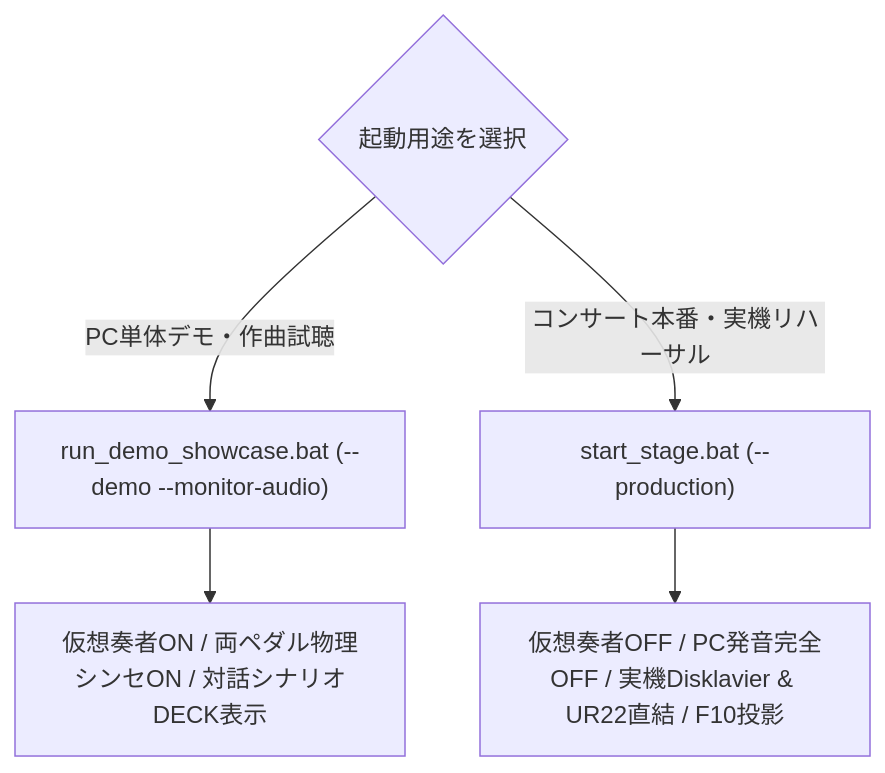
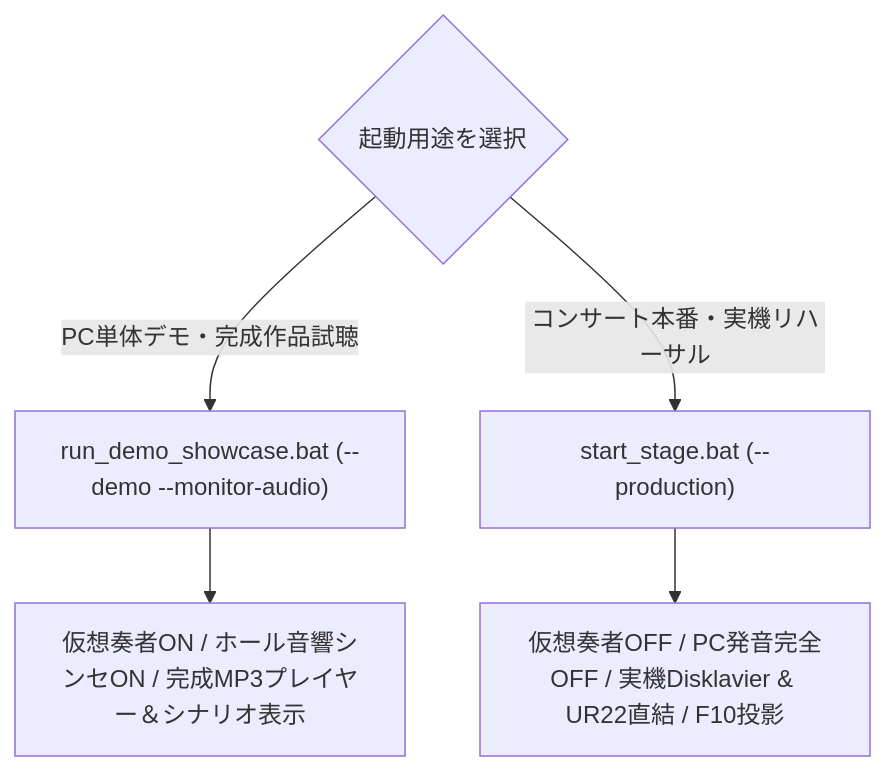
One commit to AI-Avalon/Disklavier-Auto changed the fourth of 4 diagrams in README.md. Above: the diagram before and after it, drawn with Mermaid. The commit also changed other lines of this file and 75 other files, not shown here.

````diff
--- a/README.md
+++ b/README.md
@@ -92,7 +112,7 @@
 ```mermaid
 flowchart TD
-    Start{"起動用途を選択"} -->|PC単体デモ・作曲試聴| Demo["run_demo_showcase.bat (--demo --monitor-audio)"]
+    Start{"起動用途を選択"} -->|PC単体デモ・完成作品試聴| Demo["run_demo_showcase.bat (--demo --monitor-audio)"]
     Start -->|コンサート本番・実機リハーサル| Prod["start_stage.bat (--production)"]
-    Demo --> DemoState["仮想奏者ON / 両ペダル物理シンセON / 対話シナリオDECK表示"]
+    Demo --> DemoState["仮想奏者ON / ホール音響シンセON / 完成MP3プレイヤー＆シナリオ表示"]
     Prod --> ProdState["仮想奏者OFF / PC発音完全OFF / 実機Disklavier & UR22直結 / F10投影"]
 ```
````
